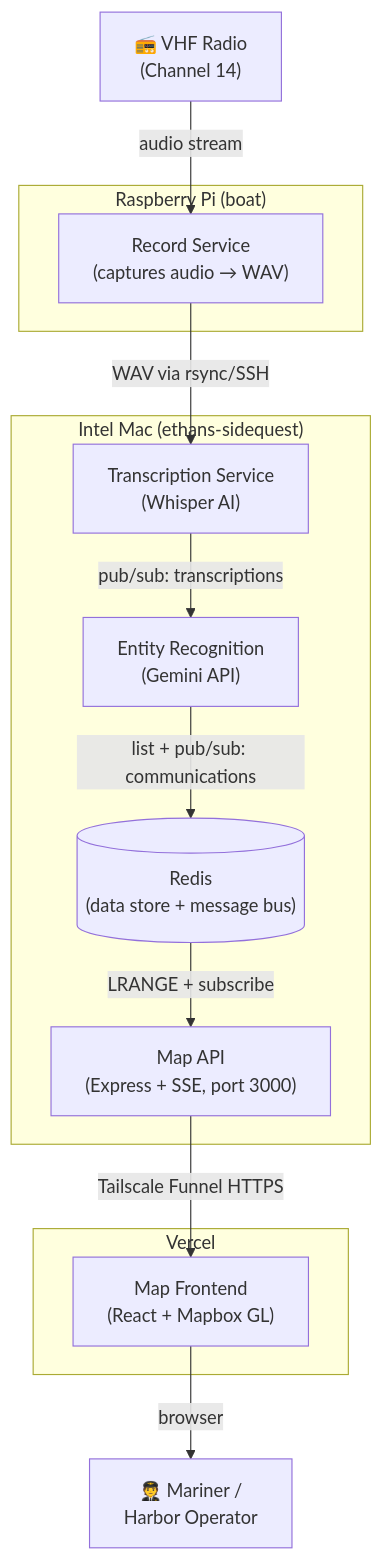
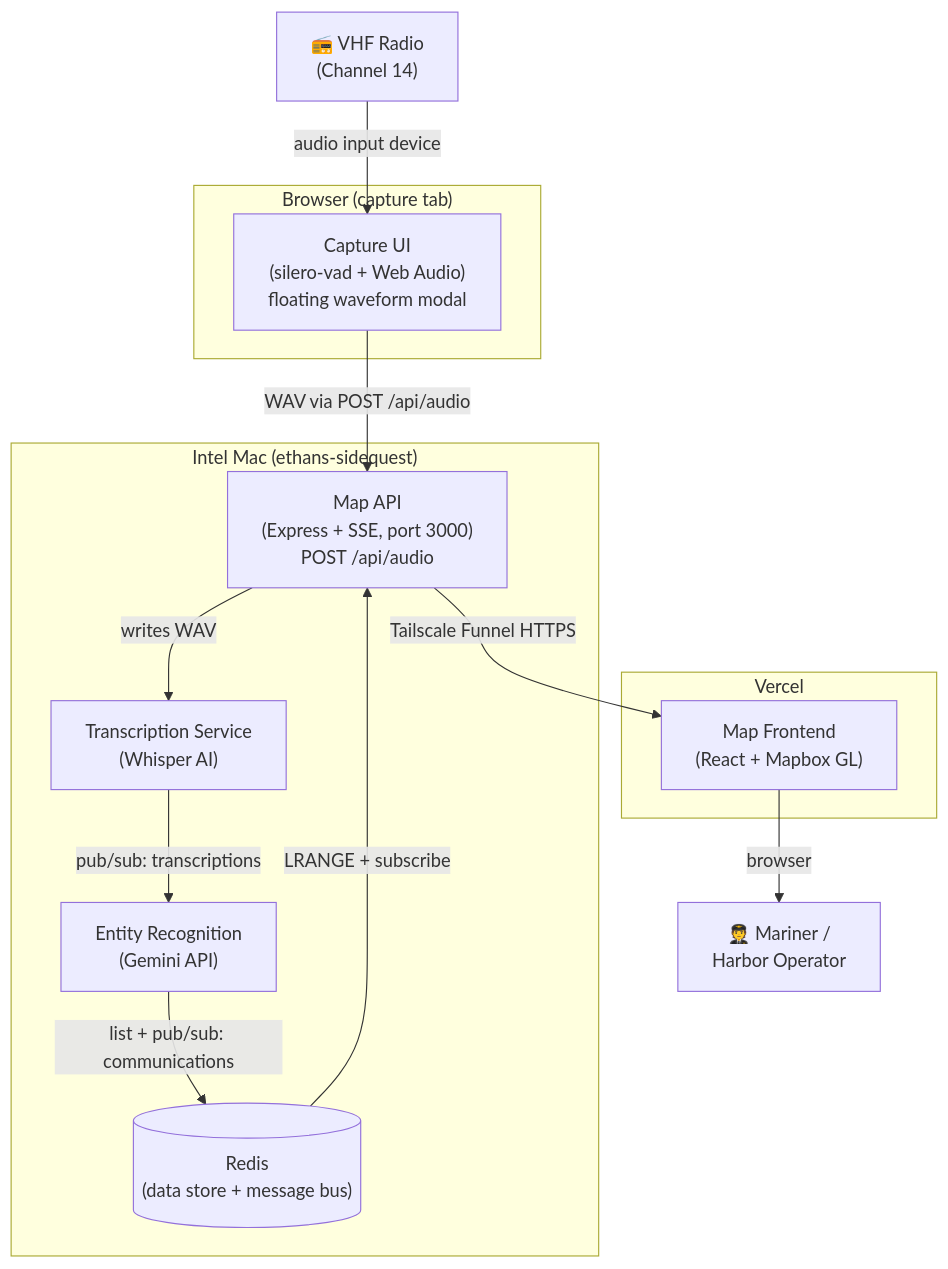
One commit to EZ-Walk/elegant-gates changed the diagram in README.md. Above: the diagram before and after it, drawn with Mermaid. The commit also changed other lines of this file and 15 other files, not shown here.

First line of the commit message:
Replace Pi recorder with browser VAD capture

````diff
--- a/README.md
+++ b/README.md
@@ -29,28 +29,29 @@
 ```mermaid
 graph TB
     radio["📻 VHF Radio\n(Channel 14)"]
     user["🧑‍✈️ Mariner /\nHarbor Operator"]
 
-    subgraph pi["Raspberry Pi (boat)"]
-        recorder["Record Service\n(captures audio → WAV)"]
+    subgraph browser["Browser (capture tab)"]
+        capture["Capture UI\n(silero-vad + Web Audio)\nfloating waveform modal"]
     end
 
     subgraph mac["Intel Mac (ethans-sidequest)"]
         transcriber["Transcription Service\n(Whisper AI)"]
         extractor["Entity Recognition\n(Gemini API)"]
-        api["Map API\n(Express + SSE, port 3000)"]
+        api["Map API\n(Express + SSE, port 3000)\nPOST /api/audio"]
         db[("Redis\n(data store + message bus)")]
     end
 
     subgraph vercel["Vercel"]
         frontend["Map Frontend\n(React + Mapbox GL)"]
     end
 
-    radio -->|audio stream| recorder
-    recorder -->|WAV via rsync/SSH| transcriber
+    radio -->|audio input device| capture
+    capture -->|WAV via POST /api/audio| api
+    api -->|writes WAV| transcriber
     transcriber -->|pub/sub: transcriptions| extractor
     extractor -->|list + pub/sub: communications| db
     db -->|LRANGE + subscribe| api
     api -->|Tailscale Funnel HTTPS| frontend
     frontend -->|browser| user
 ```
````
